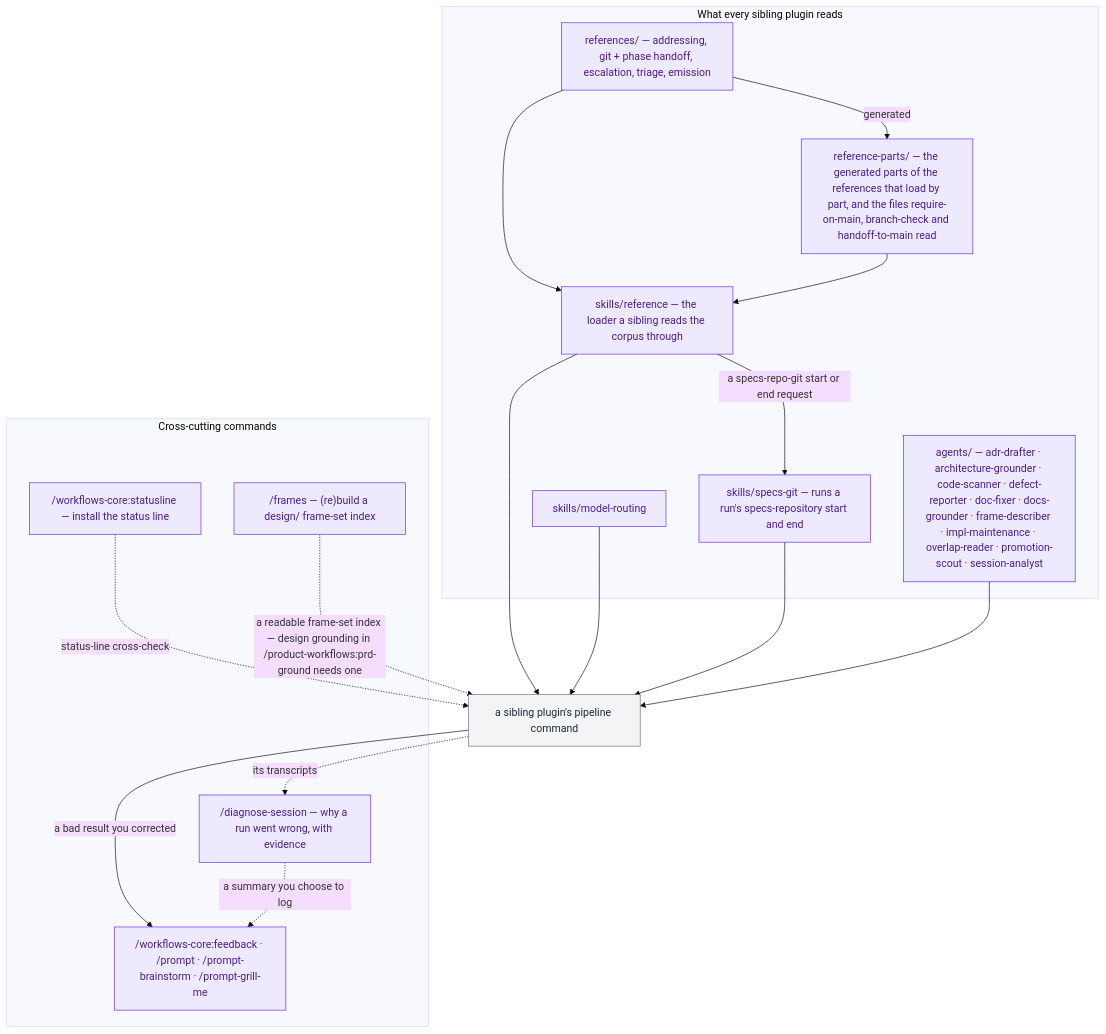
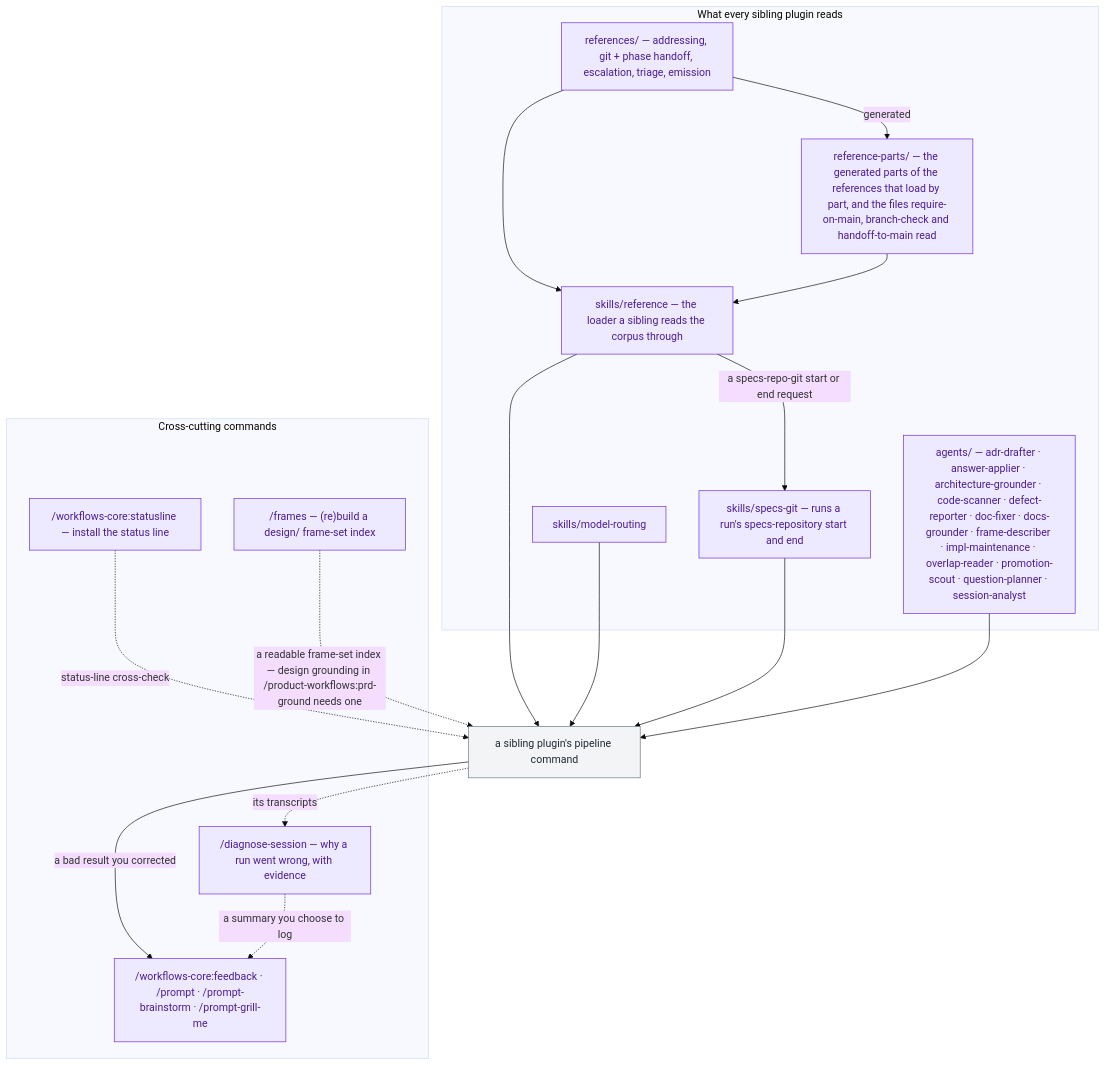
Before and after one commit to ihudak/ai-workflows: the diagram in plugins/workflows-core/docs/workflow.md, drawn with Mermaid (base theme). The commit also changed other lines of this file and 7 other files, not shown here.

First line of the commit message:
feat(question-budget): question-planner and answer-applier agents

````diff
--- a/plugins/workflows-core/docs/workflow.md
+++ b/plugins/workflows-core/docs/workflow.md
@@ -5,35 +5,35 @@
 ```mermaid
 flowchart TD
     subgraph CORPUS["What every sibling plugin reads"]
         refs["references/ — addressing, git + phase handoff, escalation, triage, emission"]:::core
         parts["reference-parts/ — the generated parts of the references that load by part, and the files require-on-main, branch-check and handoff-to-main read"]:::core
         loader["skills/reference — the loader a sibling reads the corpus through"]:::core
         skill["skills/model-routing"]:::core
         specsgit["skills/specs-git — runs a run's specs-repository start and end"]:::core
-        agents["agents/ — adr-drafter · architecture-grounder · code-scanner · defect-reporter · doc-fixer · docs-grounder · frame-describer · impl-maintenance · overlap-reader · promotion-scout · session-analyst"]:::core
+        agents["agents/ — adr-drafter · answer-applier · architecture-grounder · code-scanner · defect-reporter · doc-fixer · docs-grounder · frame-describer · impl-maintenance · overlap-reader · promotion-scout · question-planner · session-analyst"]:::core
     end
     subgraph CROSS["Cross-cutting commands"]
         setup["/workflows-core:statusline — install the status line"]:::core
         repair["/frames — (re)build a design/ frame-set index"]:::core
         improve["/workflows-core:feedback · /prompt · /prompt-brainstorm · /prompt-grill-me"]:::core
         diagnose["/diagnose-session — why a run went wrong, with evidence"]:::core
     end
     pipeline["a sibling plugin's pipeline command"]:::other
 
     refs --> loader
     refs -->|generated| parts
     parts --> loader
     loader --> pipeline
     loader -->|"a specs-repo-git start or end request"| specsgit
     skill --> pipeline
     specsgit --> pipeline
     agents --> pipeline
     pipeline -->|a bad result you corrected| improve
     pipeline -.->|its transcripts| diagnose
     diagnose -.->|a summary you choose to log| improve
     setup -.->|status-line cross-check| pipeline
     repair -.->|"a readable frame-set index — design grounding in /product-workflows:prd-ground needs one"| pipeline
 
     classDef core fill:#ede9fe,stroke:#6d28d9,color:#4c1d95
     classDef other fill:#f3f4f6,stroke:#6b7280,color:#1f2937
 ```
````
